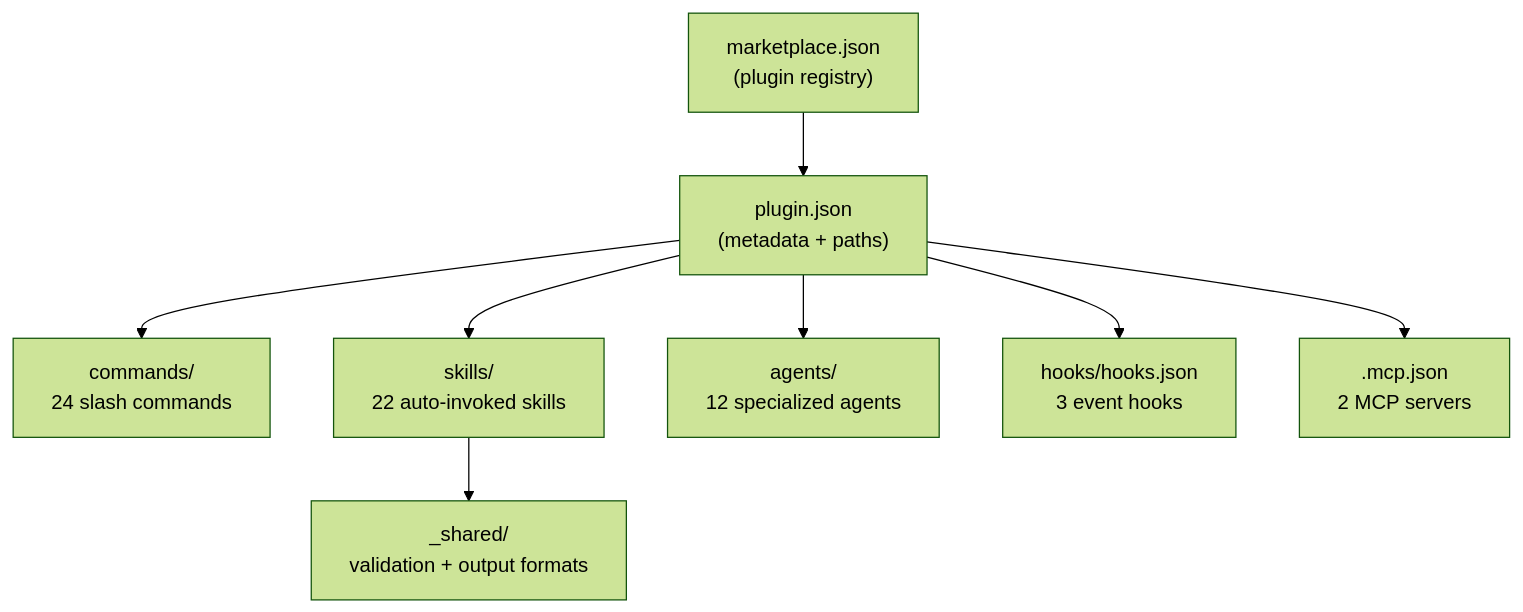
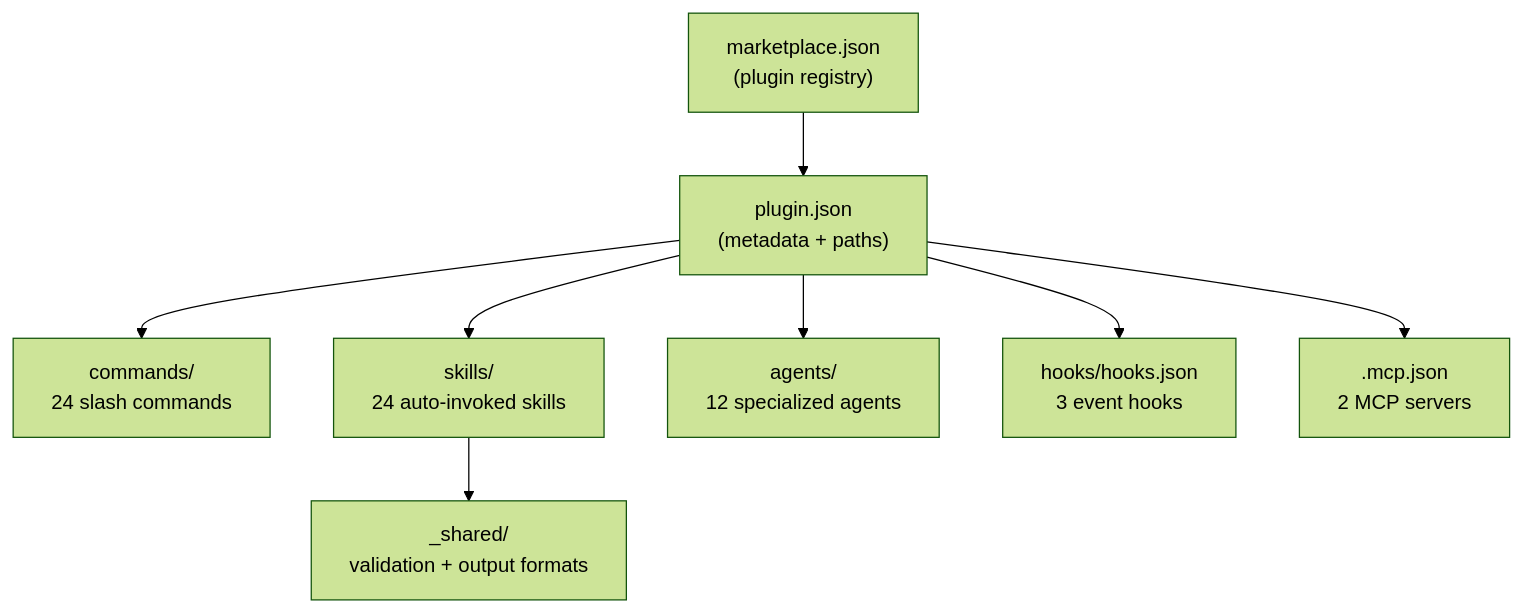
The first of 6 diagrams in ARCHITECTURE.md (Brite-Nites/brite-claude-plugins), drawn with Mermaid (forest theme) before and after one commit. The commit also changed 2 other files, not shown here.

Commit message:
checkpoint(BC-16293): README/ARCHITECTURE/CONTRIBUTING factual corrections

````diff
--- a/ARCHITECTURE.md
+++ b/ARCHITECTURE.md
@@ -7,10 +7,10 @@
 ```mermaid
 graph TD
     MP["marketplace.json<br/>(plugin registry)"] --> PJ["plugin.json<br/>(metadata + paths)"]
     PJ --> CMD["commands/<br/>24 slash commands"]
-    PJ --> SKL["skills/<br/>22 auto-invoked skills"]
+    PJ --> SKL["skills/<br/>24 auto-invoked skills"]
     PJ --> AGT["agents/<br/>12 specialized agents"]
     PJ --> HK["hooks/hooks.json<br/>3 event hooks"]
     PJ --> MCP[".mcp.json<br/>2 MCP servers"]
     SKL --> SH["_shared/<br/>validation + output formats"]
 ```
````
